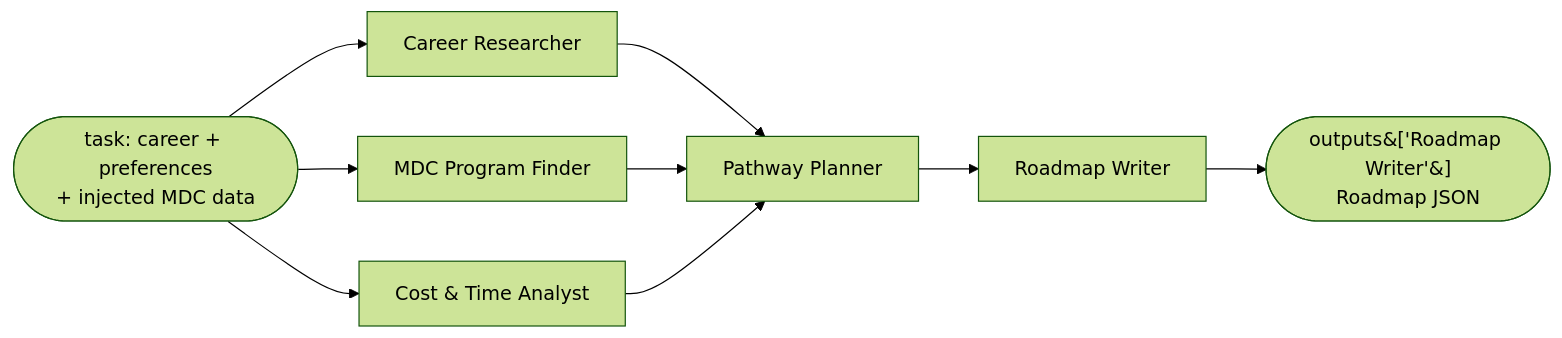
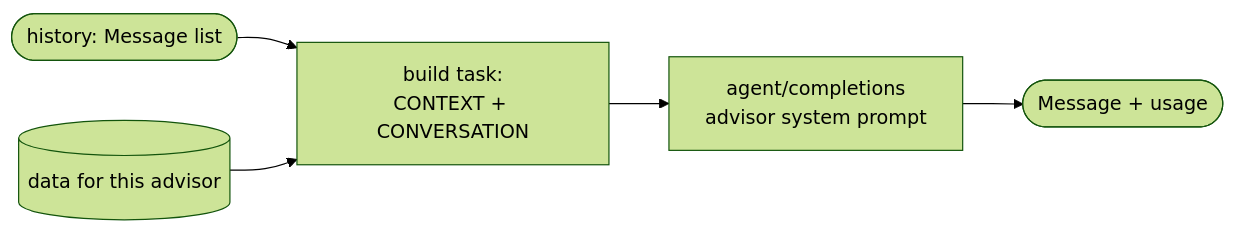
One commit to TheJollyFool/SharkByte-Hackathon changed the diagram in docs/AGENT_PIPELINE.md. Above: the diagram before and after it, drawn with Mermaid (forest theme). The commit also changed other lines of this file and 23 other files, not shown here.

First line of the commit message:
docs: new spec for shark extension (group chat / mixture, flowchart + PDF, in-page guide)

````diff
--- a/docs/AGENT_PIPELINE.md
+++ b/docs/AGENT_PIPELINE.md
@@ -9,11 +41,7 @@
 ```mermaid
 flowchart LR
-    T([task: career + preferences<br/>+ injected MDC data]) --> R[Career Researcher]
-    T --> P[MDC Program Finder]
-    T --> C[Cost & Time Analyst]
-    R --> PL[Pathway Planner]
-    P --> PL
-    C --> PL
-    PL --> W[Roadmap Writer]
-    W --> O([outputs&#91;'Roadmap Writer'&#93;<br/>Roadmap JSON])
+    H([history: Message list]) --> T[build task:<br/>CONTEXT + CONVERSATION]
+    D[(data for this advisor)] --> T
+    T --> A[agent/completions<br/>advisor system prompt]
+    A --> M([Message + usage])
 ```
````
